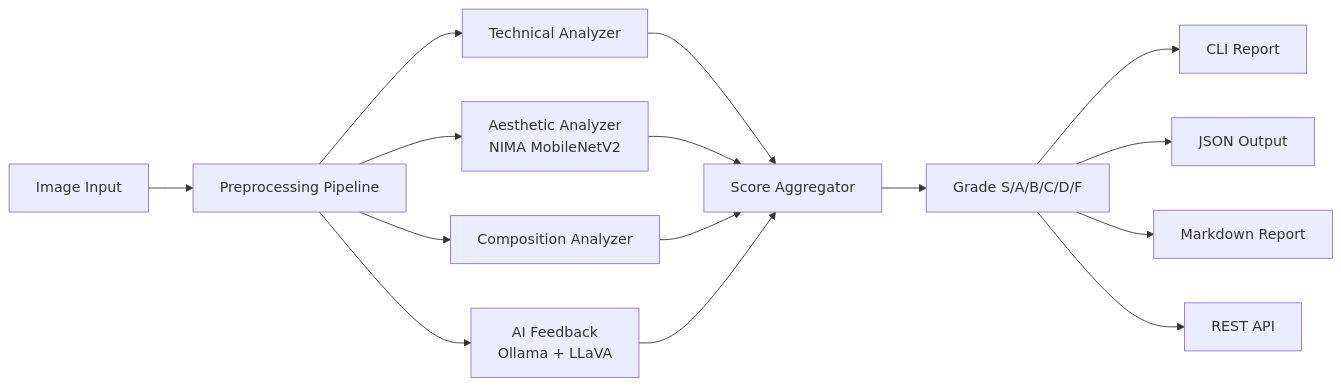
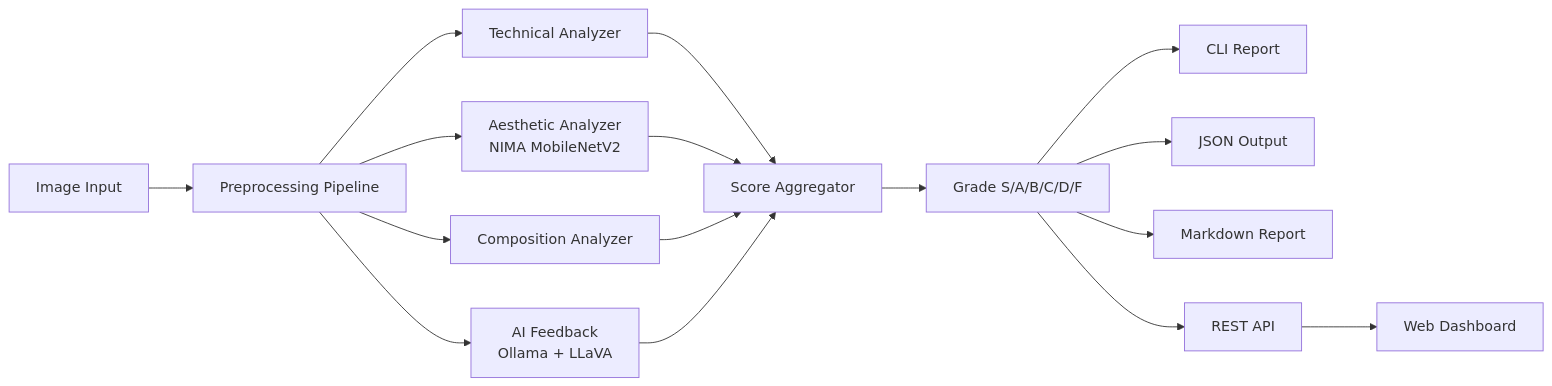
Before and after one commit to batuhanisik751/VisionScore: the diagram in README.md, drawn with Mermaid. The commit also changed other lines of this file and 75 other files, not shown here.

````diff
--- a/README.md
+++ b/README.md
@@ -21,17 +22,18 @@
 ```mermaid
 graph LR
     A[Image Input] --> B[Preprocessing Pipeline]
     B --> C[Technical Analyzer]
     B --> D[Aesthetic Analyzer<br/>NIMA MobileNetV2]
     B --> E[Composition Analyzer]
     B --> F[AI Feedback<br/>Ollama + LLaVA]
     C --> G[Score Aggregator]
     D --> G
     E --> G
     F --> G
     G --> H[Grade S/A/B/C/D/F]
     H --> I[CLI Report]
     H --> J[JSON Output]
     H --> K[Markdown Report]
     H --> L[REST API]
+    L --> M[Web Dashboard]
 ```
````
